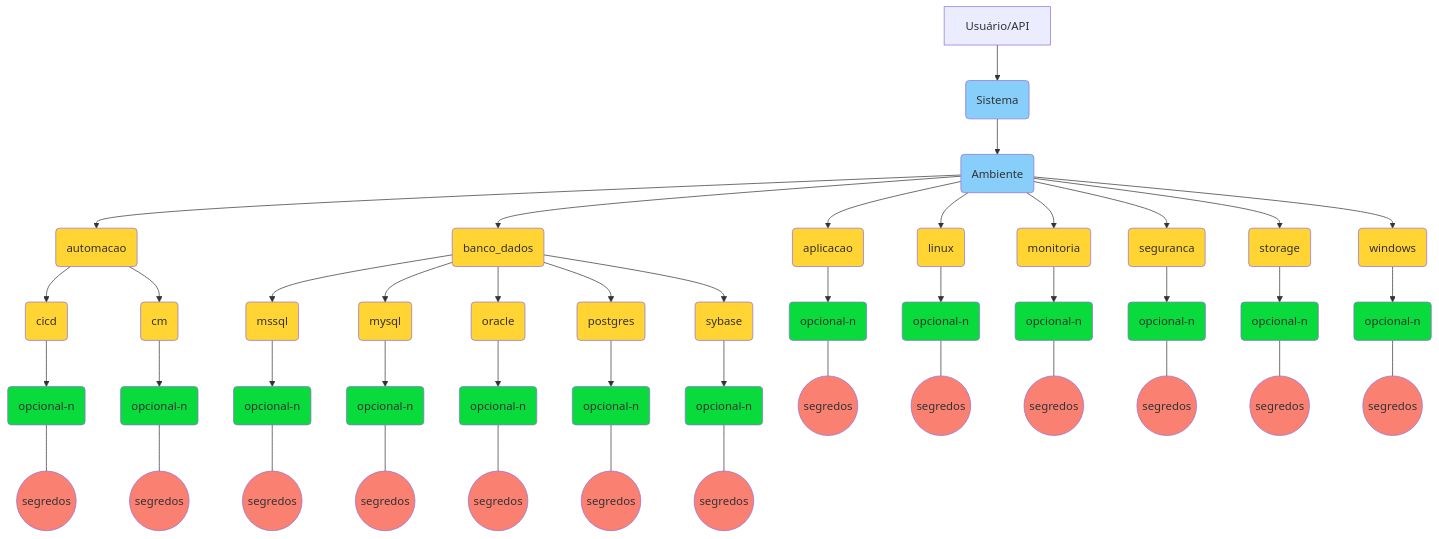
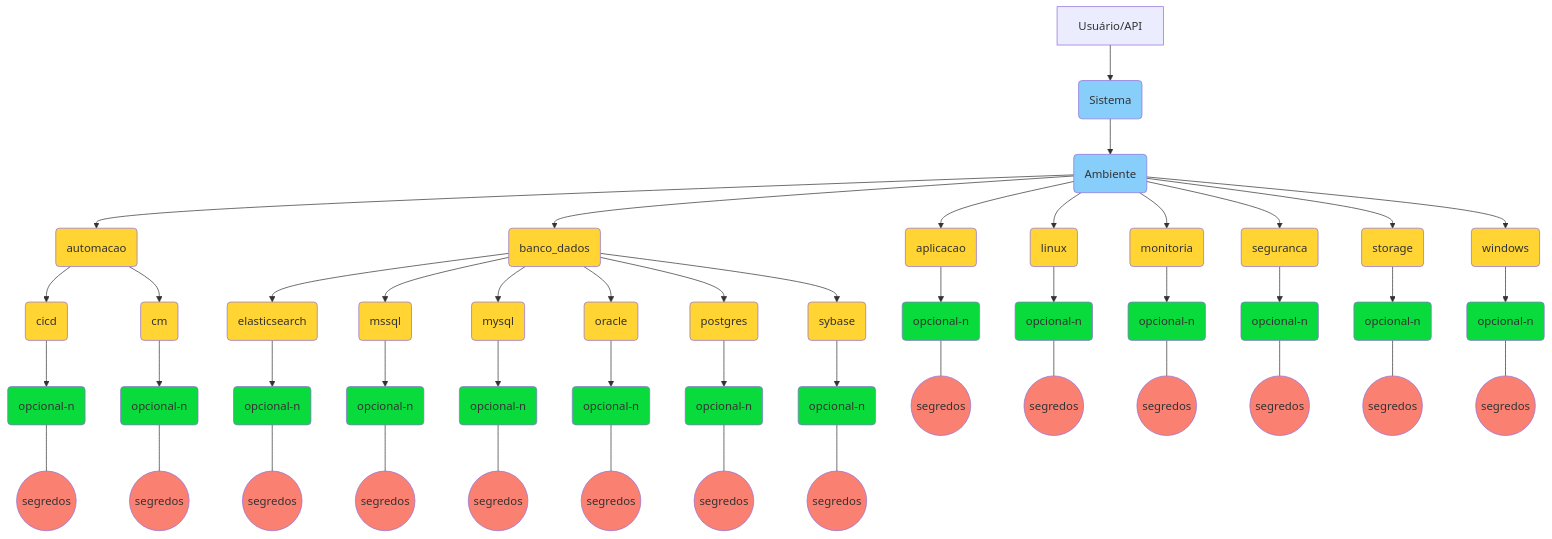
The diagram in infraestrutura/seguranca/cofre-senhas.md (CAPES/guia), drawn with Mermaid before and after one commit. The commit also changed other lines of this file, not shown here.

Commit message:
add banco elasticsearch

```diff
--- a/infraestrutura/seguranca/cofre-senhas.md
+++ b/infraestrutura/seguranca/cofre-senhas.md
@@ -81,6 +81,7 @@
 ambiente-->s1d1_s(storage)
 ambiente-->s1d1_w(windows)
 
+s1d1_b-->s1d1_b_e(elasticsearch)
 s1d1_b-->s1d1_b_ms(mssql)
 s1d1_b-->s1d1_b_m(mysql)
 s1d1_b-->s1d1_b_o(oracle)
@@ -92,11 +93,13 @@
 style s1d1_a_cm fill:#FFD433
 style s1d1_a_cicd fill:#FFD433
 style s1d1_b fill:#FFD433
+style s1d1_b_e fill:#FFD433
+style s1d1_b_ms fill:#FFD433
+style s1d1_b_m fill:#FFD433
 style s1d1_b_o fill:#FFD433 
 style s1d1_b_p fill:#FFD433 
-style s1d1_b_m fill:#FFD433 
-style s1d1_b_s fill:#FFD433 
-style s1d1_b_ms fill:#FFD433 
+ style s1d1_b_s fill:#FFD433 
+ 
 
 style s1d1_l fill:#FFD433
 style s1d1_mon fill:#FFD433
@@ -106,11 +109,12 @@
 
 s1d1_a_cm-->s1d1_a_cm_x(opcional-n)
 s1d1_a_cicd-->s1d1_a_cicd_x(opcional-n)
+s1d1_b_e-->s1d1_b_e_x(opcional-n)
+s1d1_b_ms-->s1d1_b_ms_x(opcional-n)
+s1d1_b_m-->s1d1_b_m_x(opcional-n)
 s1d1_b_o-->s1d1_b_o_x(opcional-n)
 s1d1_b_p-->s1d1_b_p_x(opcional-n)
-s1d1_b_m-->s1d1_b_m_x(opcional-n)
 s1d1_b_s-->s1d1_b_s_x(opcional-n)
-s1d1_b_ms-->s1d1_b_ms_x(opcional-n)
 
 s1d1_app-->s1d1_app_x(opcional-n)
 s1d1_l-->s1d1_l_x(opcional-n)
@@ -121,11 +125,13 @@
 
 style s1d1_a_cm_x fill:#08DB3B
 style s1d1_a_cicd_x fill:#08DB3B
+style s1d1_b_e_x fill:#08DB3B
+style s1d1_b_ms_x fill:#08DB3B
+style s1d1_b_m_x fill:#08DB3B
 style s1d1_b_o_x fill:#08DB3B
 style s1d1_b_p_x fill:#08DB3B
-style s1d1_b_m_x fill:#08DB3B
 style s1d1_b_s_x fill:#08DB3B
-style s1d1_b_ms_x fill:#08DB3B
+
 
 style s1d1_app_x fill:#08DB3B
 style s1d1_s_x fill:#08DB3B
@@ -136,11 +142,13 @@
 
 s1d1_a_cm_x---s1d1_a_cm_s((segredos))
 s1d1_a_cicd_x---s1d1_a_cicd_s((segredos))
+s1d1_b_e_x---s1d1_b_e_s((segredos))
+s1d1_b_ms_x---s1d1_b_ms_s((segredos))
+s1d1_b_m_x---s1d1_b_m_s((segredos))
 s1d1_b_o_x---s1d1_b_o_s((segredos))
 s1d1_b_p_x---s1d1_b_p_s((segredos))
-s1d1_b_m_x---s1d1_b_m_s((segredos))
 s1d1_b_s_x---s1d1_b_s_s((segredos))
-s1d1_b_ms_x---s1d1_b_ms_s((segredos))
+
 
 s1d1_app_x---s1d1_app_s((segredos))
 s1d1_l_x---s1d1_l_s((segredos))
@@ -151,11 +159,13 @@
 
 style s1d1_a_cm_s fill:#FA8072
 style s1d1_a_cicd_s fill:#FA8072
+style s1d1_b_e_s fill:#FA8072
+style s1d1_b_ms_s fill:#FA8072
+style s1d1_b_m_s fill:#FA8072
 style s1d1_b_o_s fill:#FA8072
 style s1d1_b_p_s fill:#FA8072
-style s1d1_b_m_s fill:#FA8072
 style s1d1_b_s_s fill:#FA8072
-style s1d1_b_ms_s fill:#FA8072
+
 
 style s1d1_app_s fill:#FA8072
 style s1d1_l_s fill:#FA8072
```
